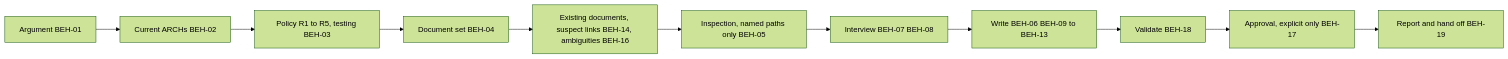
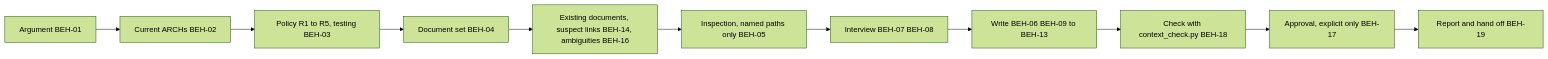
Before and after one commit to bankielewicz/DevForgeAI: the diagram in docs/specs/spec/SPEC-011.md, drawn with Mermaid (forest theme). The commit also changed other lines of this file and 1 other file, not shown here.

First line of the commit message:
docs: SPEC-011 v2 (context skill), approved by Bryan

````diff
--- a/docs/specs/spec/SPEC-011.md
+++ b/docs/specs/spec/SPEC-011.md
@@ -136,13 +144,13 @@
 ```mermaid
 flowchart LR
     A[Argument BEH-01] --> R[Current ARCHs BEH-02]
     R --> P[Policy R1 to R5, testing BEH-03]
     P --> S[Document set BEH-04]
     S --> X[Existing documents, suspect links BEH-14, ambiguities BEH-16]
     X --> I[Inspection, named paths only BEH-05]
     I --> Q[Interview BEH-07 BEH-08]
     Q --> W[Write BEH-06 BEH-09 to BEH-13]
-    W --> V[Validate BEH-18]
+    W --> V[Check with context_check.py BEH-18]
     V --> K[Approval, explicit only BEH-17]
     K --> H[Report and hand off BEH-19]
 ```
````
